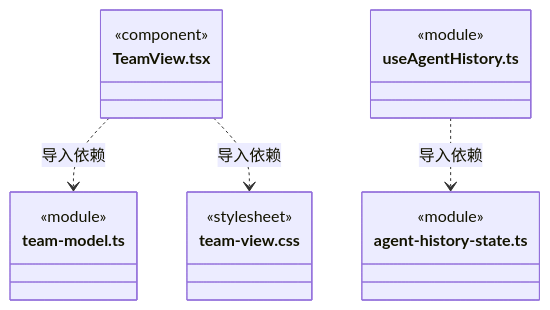
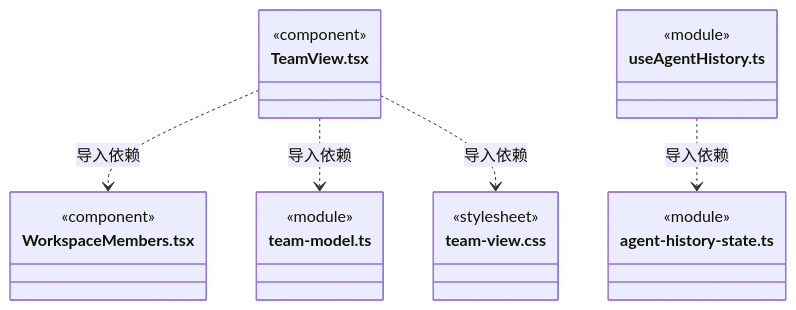
One commit to nan023062/cbim changed diagram 24 of 25 in src/frontend/team/ARCHITECTURE.md. Above: the diagram before and after it, drawn with Mermaid. The commit also changed other lines of this file and 52 other files, not shown here.

````diff
--- a/src/frontend/team/ARCHITECTURE.md
+++ b/src/frontend/team/ARCHITECTURE.md
@@ -240,21 +426,25 @@
 ```mermaid
 classDiagram
 class N_src_frontend_team_TeamView_tsx["TeamView.tsx"] {
+  <<component>>
+}
+class N_src_frontend_team_WorkspaceMembers_tsx["WorkspaceMembers.tsx"] {
   <<component>>
 }
 class N_src_frontend_team_team_model_ts["team-model.ts"] {
   <<module>>
 }
 class N_src_frontend_team_team_view_css["team-view.css"] {
   <<stylesheet>>
 }
 class N_src_frontend_team_useAgentHistory_ts["useAgentHistory.ts"] {
   <<module>>
 }
 class N_src_frontend_team_agent_history_state_ts["agent-history-state.ts"] {
   <<module>>
 }
+N_src_frontend_team_TeamView_tsx ..> N_src_frontend_team_WorkspaceMembers_tsx : 导入依赖
 N_src_frontend_team_TeamView_tsx ..> N_src_frontend_team_team_model_ts : 导入依赖
 N_src_frontend_team_TeamView_tsx ..> N_src_frontend_team_team_view_css : 导入依赖
 N_src_frontend_team_useAgentHistory_ts ..> N_src_frontend_team_agent_history_state_ts : 导入依赖
 ```
````
